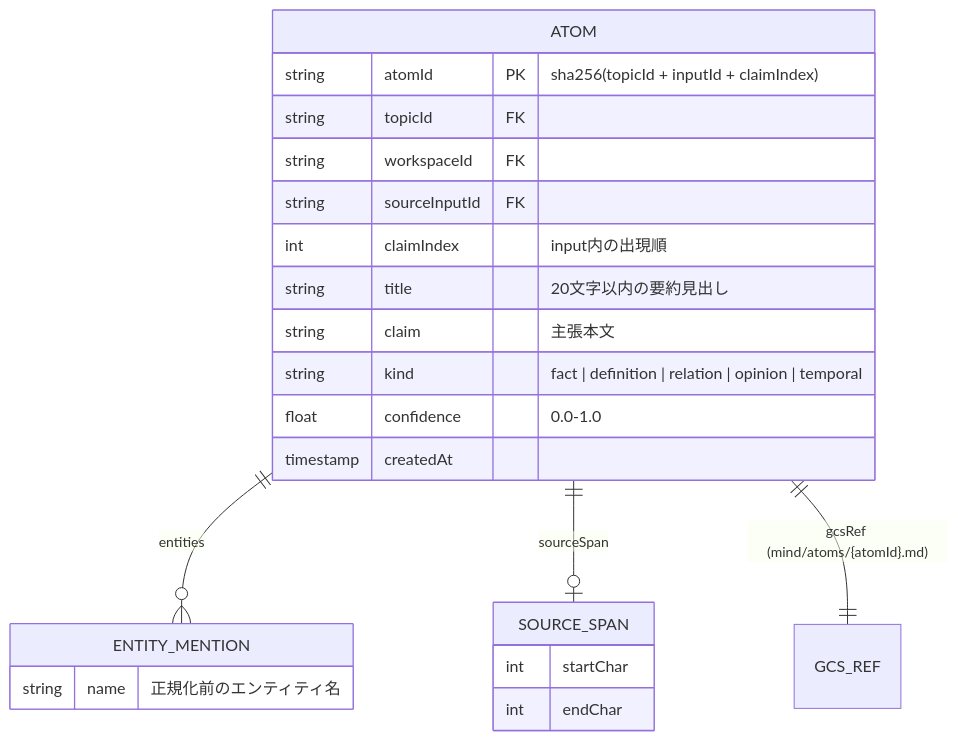
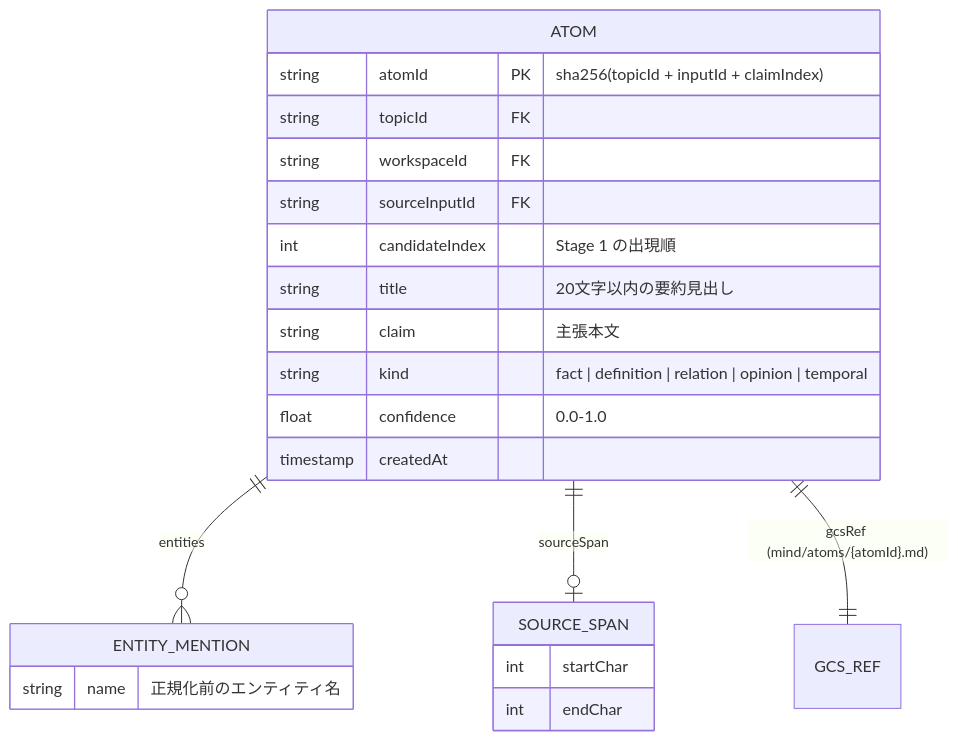
Before and after one commit to Keyhole-Koro/clarify-spec: the diagram in organize/agents/a1/README.md, drawn with Mermaid. The commit also changed other lines of this file and 15 other files, not shown here.

````diff
--- a/organize/agents/a1/README.md
+++ b/organize/agents/a1/README.md
@@ -32,28 +40,28 @@
 ```mermaid
 erDiagram
   ATOM {
     string atomId PK "sha256(topicId + inputId + claimIndex)"
     string topicId FK
     string workspaceId FK
     string sourceInputId FK
-    int claimIndex "input内の出現順"
+    int candidateIndex "Stage 1 の出現順"
     string title "20文字以内の要約見出し"
     string claim "主張本文"
     string kind "fact | definition | relation | opinion | temporal"
     float confidence "0.0-1.0"
     timestamp createdAt
   }
 
   ATOM ||--o{ ENTITY_MENTION : "entities"
   ATOM ||--o| SOURCE_SPAN : "sourceSpan"
   ATOM ||--|| GCS_REF : "gcsRef (mind/atoms/{atomId}.md)"
 
   ENTITY_MENTION {
     string name "正規化前のエンティティ名"
   }
 
   SOURCE_SPAN {
     int startChar
     int endChar
   }
 ```
````
